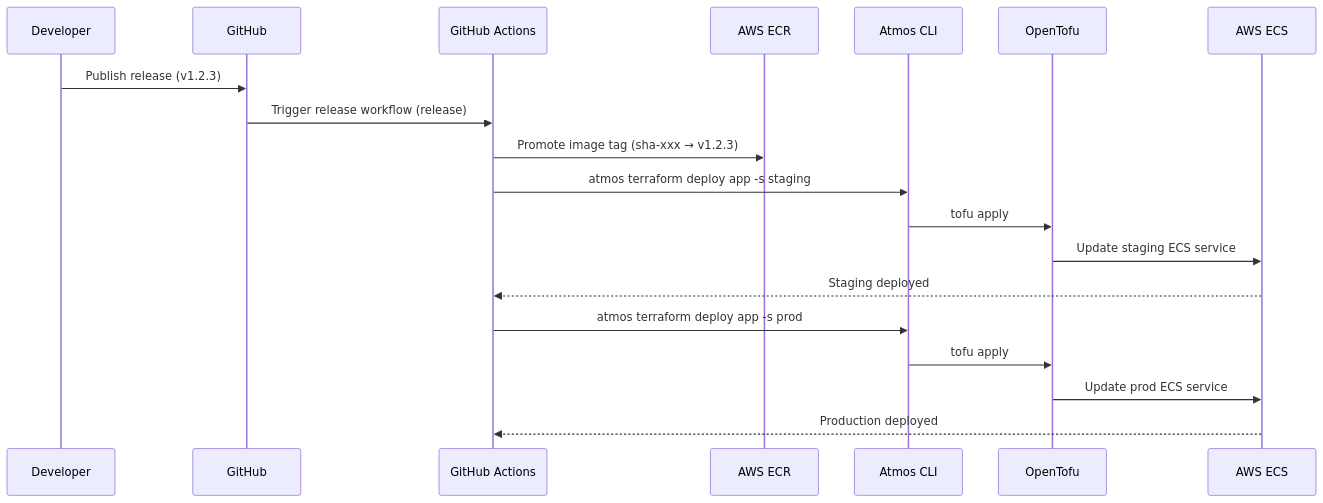
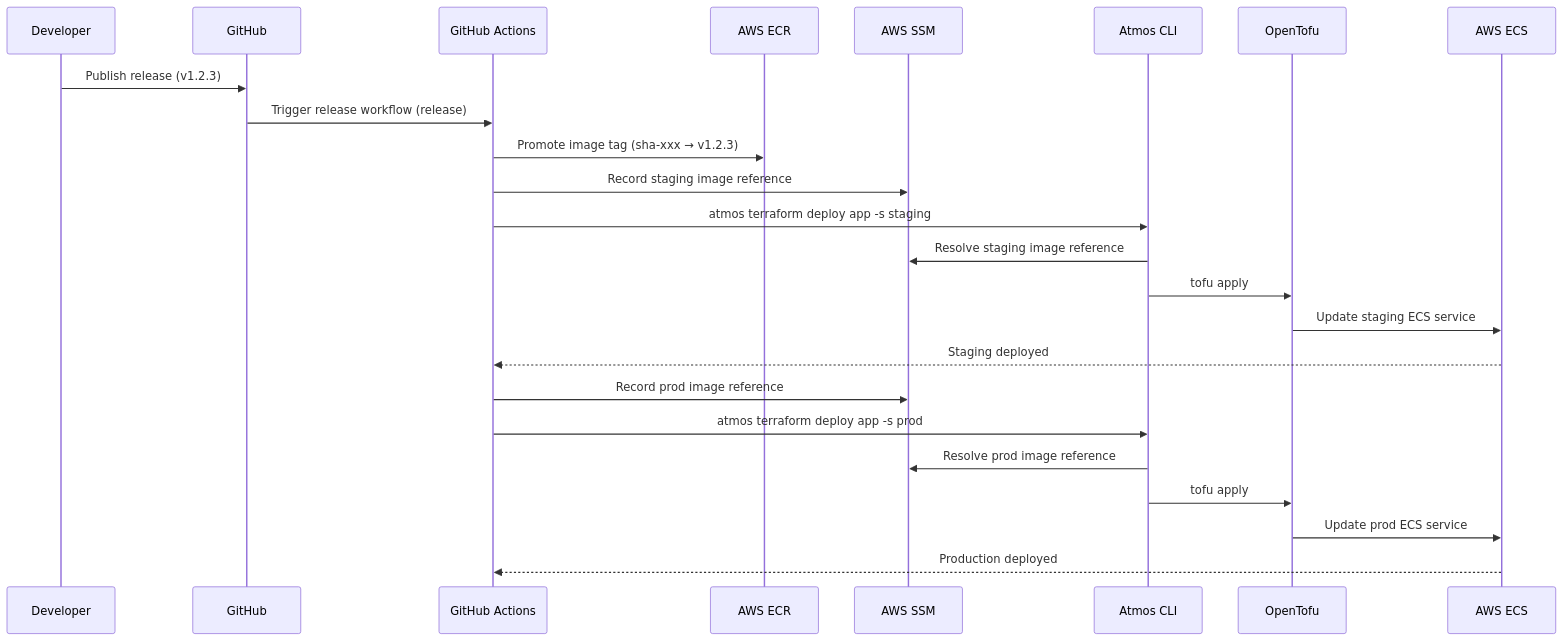
Before and after one commit to cloudposse-examples/app-on-ecs-v2: the third of 5 diagrams in .github/workflows/README.md, drawn with Mermaid. The commit also changed other lines of this file and 13 other files, not shown here.

````diff
--- a/.github/workflows/README.md
+++ b/.github/workflows/README.md
@@ -106,22 +120,27 @@
 ```mermaid
 sequenceDiagram
     participant Dev as Developer
     participant GH as GitHub
     participant GA as GitHub Actions
     participant ECR as AWS ECR
+    participant SSM as AWS SSM
     participant Atmos as Atmos CLI
     participant TF as OpenTofu
     participant ECS as AWS ECS
 
     Dev->>GH: Publish release (v1.2.3)
     GH->>GA: Trigger release workflow (release)
     GA->>ECR: Promote image tag (sha-xxx → v1.2.3)
+    GA->>SSM: Record staging image reference
     GA->>Atmos: atmos terraform deploy app -s staging
+    Atmos->>SSM: Resolve staging image reference
     Atmos->>TF: tofu apply
     TF->>ECS: Update staging ECS service
     ECS-->>GA: Staging deployed
+    GA->>SSM: Record prod image reference
     GA->>Atmos: atmos terraform deploy app -s prod
+    Atmos->>SSM: Resolve prod image reference
     Atmos->>TF: tofu apply
     TF->>ECS: Update prod ECS service
     ECS-->>GA: Production deployed
 ```
````
